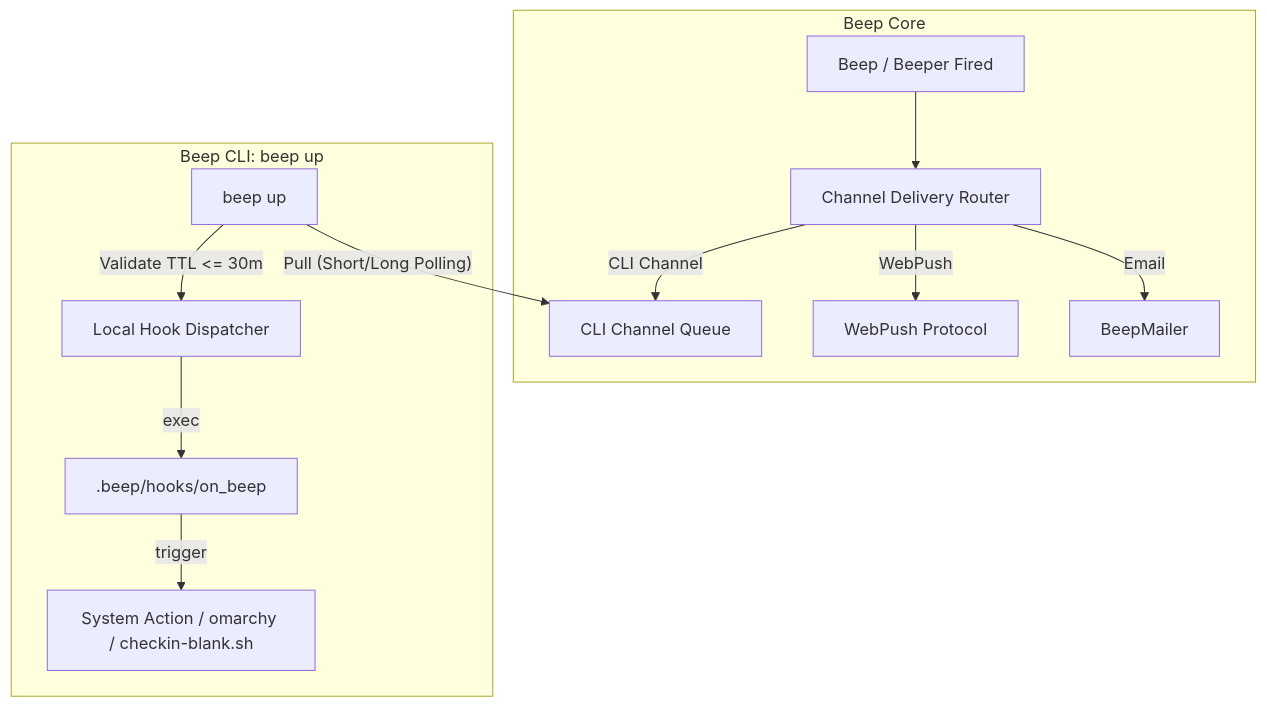
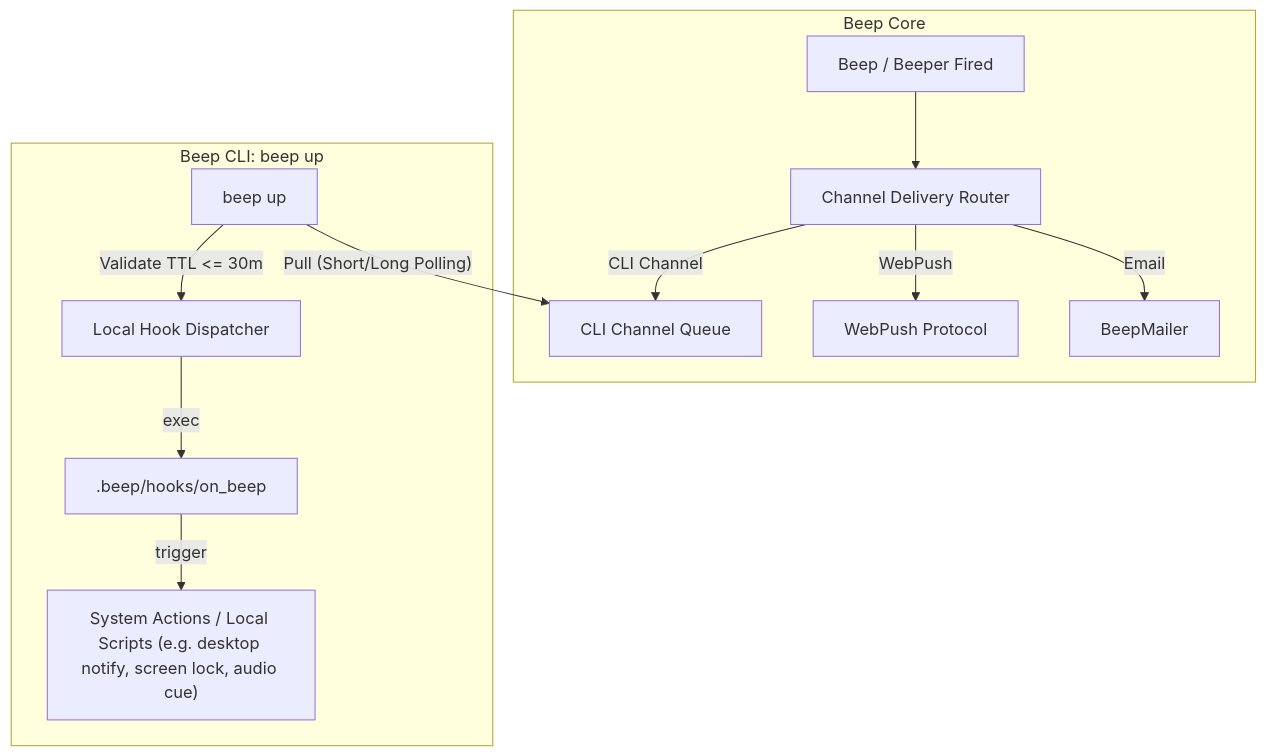
Before and after one commit to yuler/beep: the diagram in docs/architecture/channel.md, drawn with Mermaid. The commit also changed other lines of this file and 1 other file, not shown here.

Commit message:
📝 [docs] Generalize channel hook example and add PR #47 review

````diff
--- a/docs/architecture/channel.md
+++ b/docs/architecture/channel.md
@@ -9,16 +9,16 @@
 ```mermaid
 flowchart TD
   subgraph Cloud [Beep Core]
     Beep["Beep / Beeper Fired"] --> Router[Channel Delivery Router]
     Router -->|Email| Mail[BeepMailer]
     Router -->|WebPush| FCM[WebPush Protocol]
     Router -->|CLI Channel| CliInbox[CLI Channel Queue]
   end
 
   subgraph Host ["Beep CLI: beep up"]
     Daemon["beep up"] -->|"Pull (Short/Long Polling)"| CliInbox
     Daemon -->|"Validate TTL <= 30m"| HookRunner[Local Hook Dispatcher]
     HookRunner -->|exec| Hook[".beep/hooks/on_beep"]
-    Hook -->|trigger| Action["System Action / omarchy / checkin-blank.sh"]
+    Hook -->|trigger| Action["System Actions / Local Scripts (e.g. desktop notify, screen lock, audio cue)"]
   end
 ```
````
